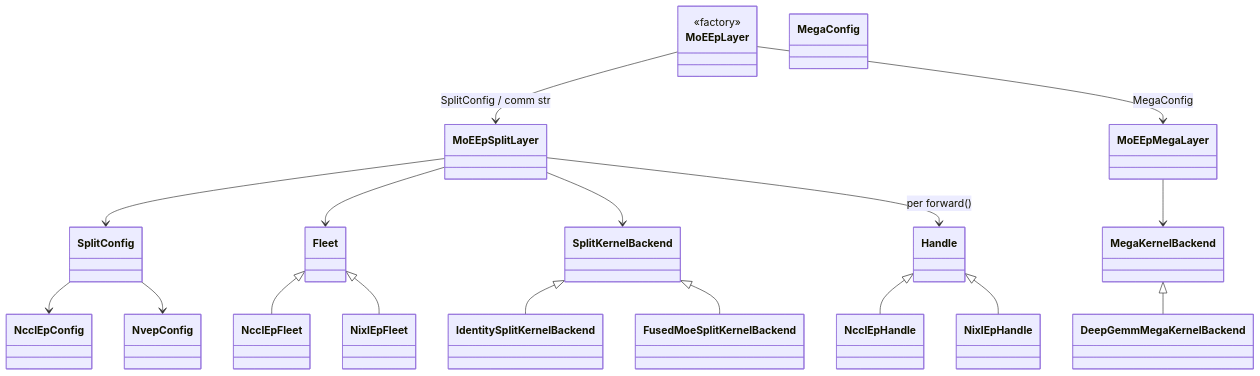
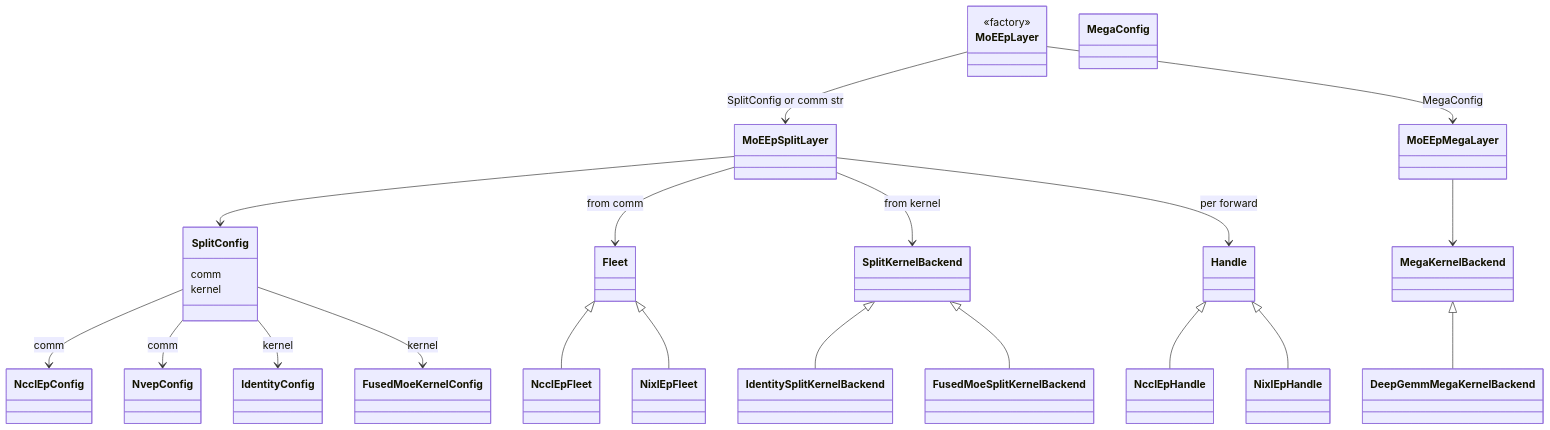
The first of 3 diagrams in flashinfer/moe_ep_v2/design.md (flashinfer-ai/flashinfer), drawn with Mermaid before and after one commit. The commit also changed other lines of this file, not shown here.

````diff
--- a/flashinfer/moe_ep_v2/design.md
+++ b/flashinfer/moe_ep_v2/design.md
@@ -47,39 +76,46 @@
 ```mermaid
 classDiagram
     direction TB
 
     class MoEEpLayer {
         <<factory>>
     }
     class MoEEpSplitLayer
     class MoEEpMegaLayer
-    class SplitConfig
+    class SplitConfig {
+        comm
+        kernel
+    }
     class MegaConfig
     class NcclEpConfig
     class NvepConfig
+    class IdentityConfig
+    class FusedMoeKernelConfig
     class Fleet
     class Handle
     class SplitKernelBackend
     class MegaKernelBackend
 
-    MoEEpLayer --> MoEEpSplitLayer : SplitConfig / comm str
+    MoEEpLayer --> MoEEpSplitLayer : SplitConfig or comm str
     MoEEpLayer --> MoEEpMegaLayer : MegaConfig
 
-    SplitConfig --> NcclEpConfig
-    SplitConfig --> NvepConfig
+    SplitConfig --> NcclEpConfig : comm
+    SplitConfig --> NvepConfig : comm
+    SplitConfig --> IdentityConfig : kernel
+    SplitConfig --> FusedMoeKernelConfig : kernel
     MoEEpSplitLayer --> SplitConfig
-    MoEEpSplitLayer --> Fleet
-    MoEEpSplitLayer --> SplitKernelBackend
-    MoEEpSplitLayer --> Handle : per forward()
+    MoEEpSplitLayer --> Fleet : from comm
+    MoEEpSplitLayer --> SplitKernelBackend : from kernel
+    MoEEpSplitLayer --> Handle : per forward
 
     MoEEpMegaLayer --> MegaKernelBackend
 
     Fleet <|-- NcclEpFleet
     Fleet <|-- NixlEpFleet
     Handle <|-- NcclEpHandle
     Handle <|-- NixlEpHandle
 
     SplitKernelBackend <|-- IdentitySplitKernelBackend
     SplitKernelBackend <|-- FusedMoeSplitKernelBackend
     MegaKernelBackend <|-- DeepGemmMegaKernelBackend
 ```
````
